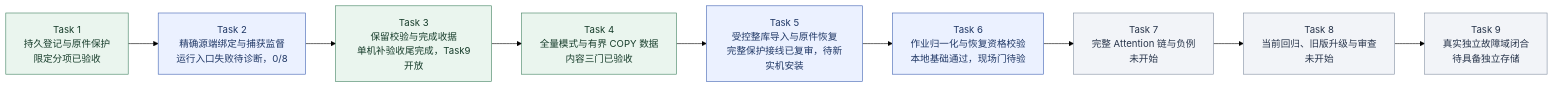
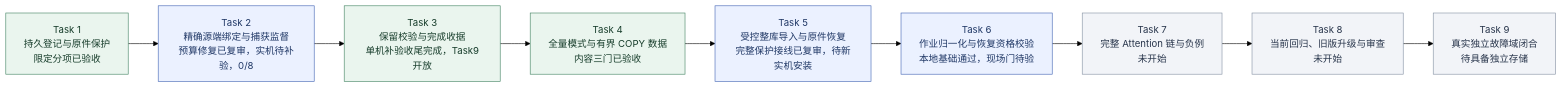
One commit to MansurnamedZhang/learning-system-p0c4 changed the second of 9 diagrams in docs/KnowWeave实施路线与系统架构.md. Above: the diagram before and after it, drawn with Mermaid (forest theme). The commit also changed other lines of this file and 8 other files, not shown here.

````diff
--- a/docs/KnowWeave实施路线与系统架构.md
+++ b/docs/KnowWeave实施路线与系统架构.md
@@ -72,26 +72,26 @@
 ```mermaid
 flowchart LR
     C4T1["Task 1<br/>持久登记与原件保护<br/>限定分项已验收"]
-    C4T2["Task 2<br/>精确源端绑定与捕获监督<br/>运行入口失败待诊断，0/8"]
+    C4T2["Task 2<br/>精确源端绑定与捕获监督<br/>预算修复已复审，实机待补验，0/8"]
     C4T3["Task 3<br/>保留校验与完成收据<br/>单机补验收尾完成，Task9开放"]
     C4T4["Task 4<br/>全量模式与有界 COPY 数据<br/>内容三门已验收"]
     C4T5["Task 5<br/>受控整库导入与原件恢复<br/>完整保护接线已复审，待新实机安装"]
     C4T6["Task 6<br/>作业归一化与恢复资格校验<br/>本地基础通过，现场门待验"]
     C4T7["Task 7<br/>完整 Attention 链与负例<br/>未开始"]
     C4T8["Task 8<br/>当前回归、旧版升级与审查<br/>未开始"]
     C4T9["Task 9<br/>真实独立故障域闭合<br/>待具备独立存储"]
     C4T1 --> C4T2
     C4T2 --> C4T3
     C4T3 --> C4T4
     C4T4 --> C4T5
     C4T5 --> C4T6
     C4T6 --> C4T7
     C4T7 --> C4T8
     C4T8 --> C4T9
     class C4T1,C4T3,C4T4 done
     class C4T2,C4T5,C4T6 next
     class C4T7,C4T8,C4T9 planned
     classDef done fill:#eaf5ee,stroke:#438363,color:#173d2b
     classDef next fill:#ebf1ff,stroke:#4365b4,color:#203866
     classDef planned fill:#f2f4f8,stroke:#8591a3,color:#28354b
 ```
````
